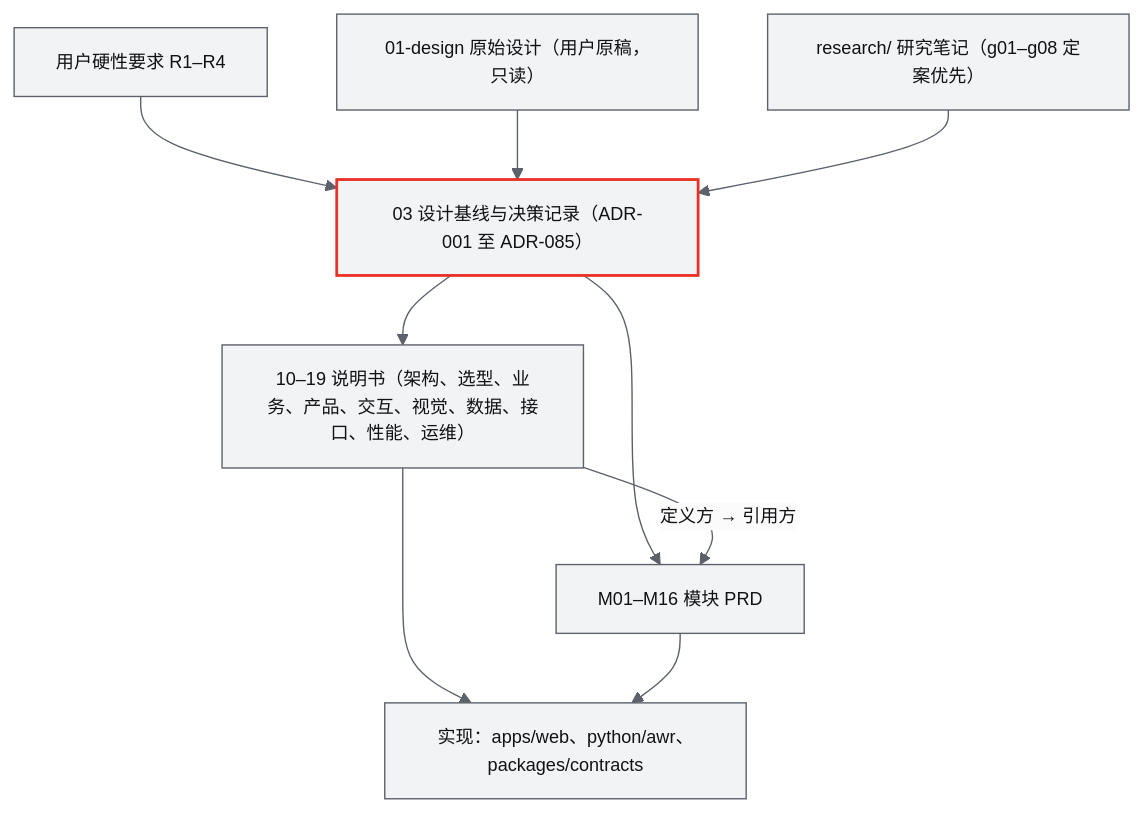
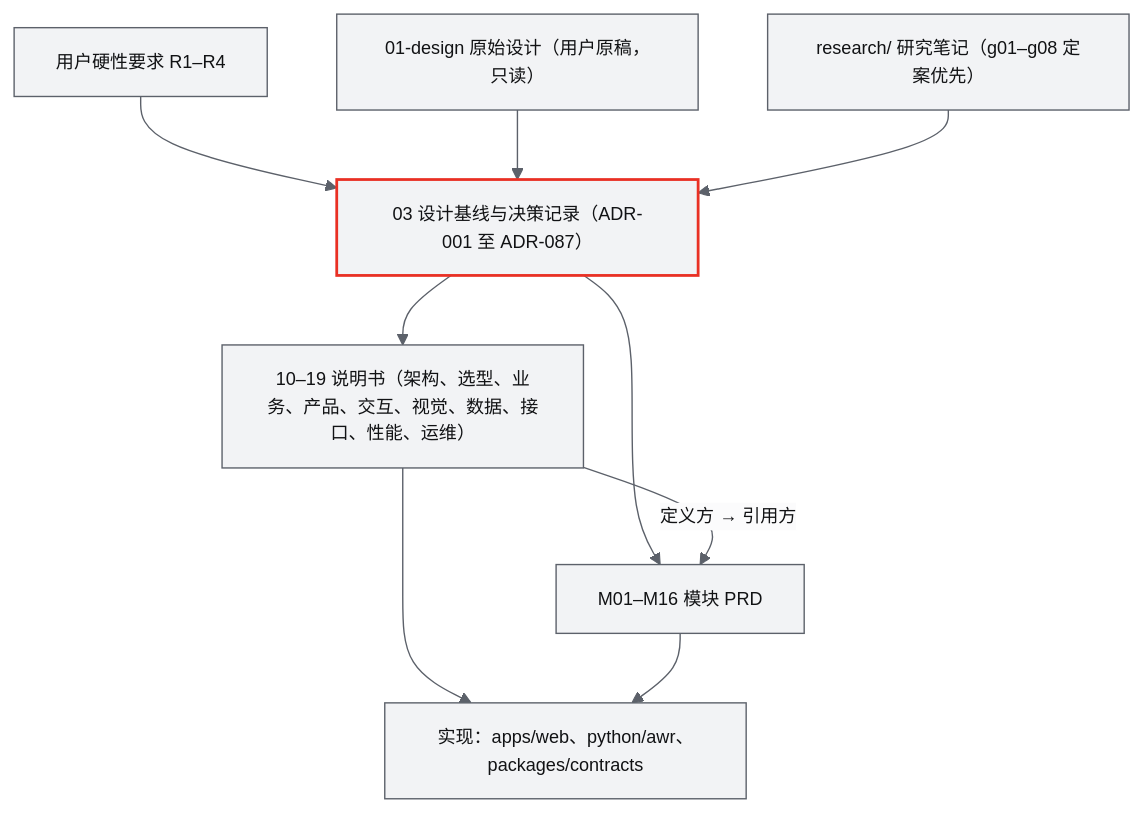
Before and after one commit to ANetResearch/ANet-Drone4D: the diagram in docs/README.md, drawn with Mermaid. The commit also changed other lines of this file and 26 other files, not shown here.

````diff
--- a/docs/README.md
+++ b/docs/README.md
@@ -20,21 +20,21 @@
 ```mermaid
 %%{init: {"theme": "base", "themeVariables": {"fontFamily": "Inter, PingFang SC, Microsoft YaHei, Noto Sans CJK SC, sans-serif", "fontSize": "13px", "background": "#FBFBFC", "primaryColor": "#F2F3F5", "primaryTextColor": "#111214", "primaryBorderColor": "#5C616A", "secondaryColor": "#E4E6E9", "tertiaryColor": "#FBFBFC", "lineColor": "#5C616A", "textColor": "#111214", "mainBkg": "#F2F3F5", "nodeBorder": "#5C616A", "clusterBkg": "#FBFBFC", "clusterBorder": "#A7ABB3", "edgeLabelBackground": "#FBFBFC", "noteBkgColor": "#E4E6E9", "noteTextColor": "#111214", "noteBorderColor": "#81868F"}}}%%
 flowchart TD
   R["用户硬性要求 R1–R4"]
   D["01-design 原始设计（用户原稿，只读）"]
   RS["research/ 研究笔记（g01–g08 定案优先）"]
-  B["03 设计基线与决策记录（ADR-001 至 ADR-085）"]
+  B["03 设计基线与决策记录（ADR-001 至 ADR-087）"]
   S["10–19 说明书（架构、选型、业务、产品、交互、视觉、数据、接口、性能、运维）"]
   M["M01–M16 模块 PRD"]
   I["实现：apps/web、python/awr、packages/contracts"]
   R --> B
   D --> B
   RS --> B
   B --> S
   B --> M
   S -- "定义方 → 引用方" --> M
   S --> I
   M --> I
   classDef hero stroke:#E93024,stroke-width:2px
   class B hero
 ```
````
